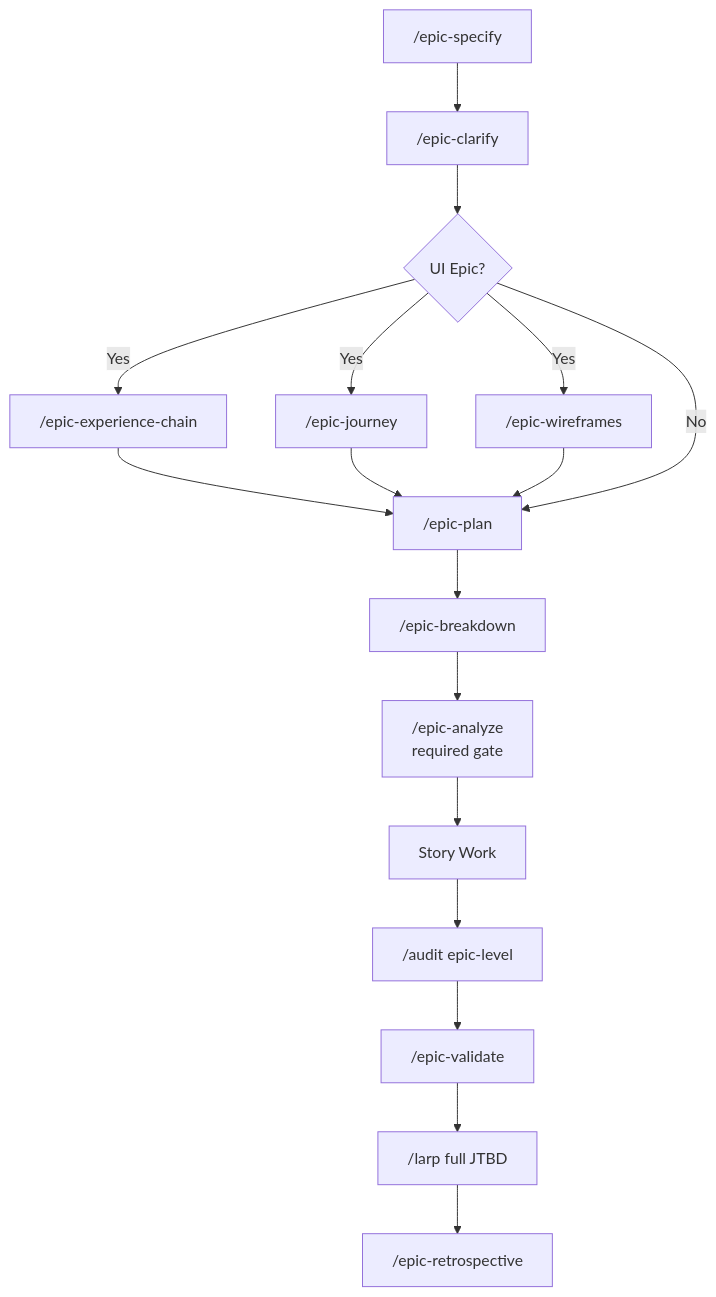
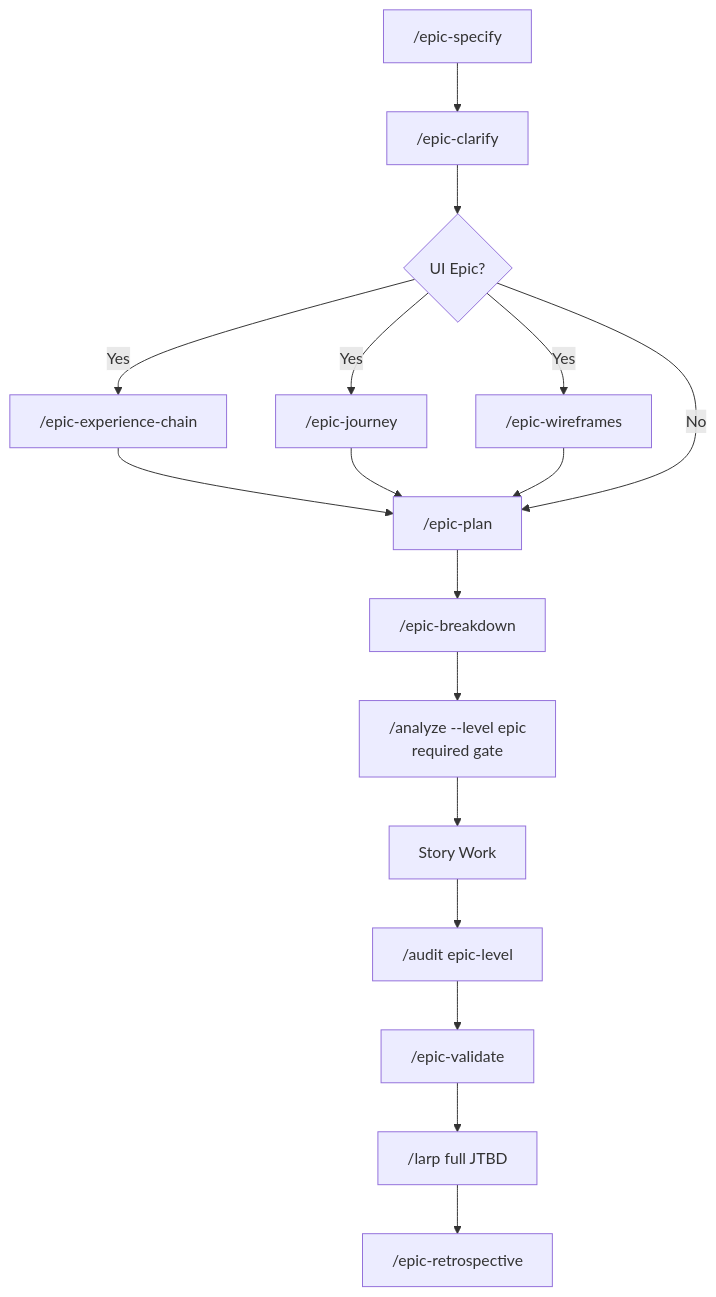
The second of 3 diagrams in .speck/README.md (telum-ai/speck), drawn with Mermaid before and after one commit. The commit also changed other lines of this file and 115 other files, not shown here.

````diff
--- a/.speck/README.md
+++ b/.speck/README.md
@@ -288,19 +288,19 @@
 ```mermaid
 graph TD
     A["/epic-specify"] --> B["/epic-clarify"]
     B --> C{"UI Epic?"}
     C -->|Yes| D["/epic-experience-chain"]
     C -->|Yes| E["/epic-journey"]
     C -->|Yes| F["/epic-wireframes"]
     D --> G["/epic-plan"]
     E --> G
     F --> G
     C -->|No| G
     G --> H["/epic-breakdown"]
-    H --> I["/epic-analyze<br/>required gate"]
+    H --> I["/analyze --level epic<br/>required gate"]
     I --> J["Story Work"]
     J --> K["/audit epic-level"]
     K --> L["/epic-validate"]
     L --> M["/larp full JTBD"]
     M --> N["/epic-retrospective"]
 ```
````
